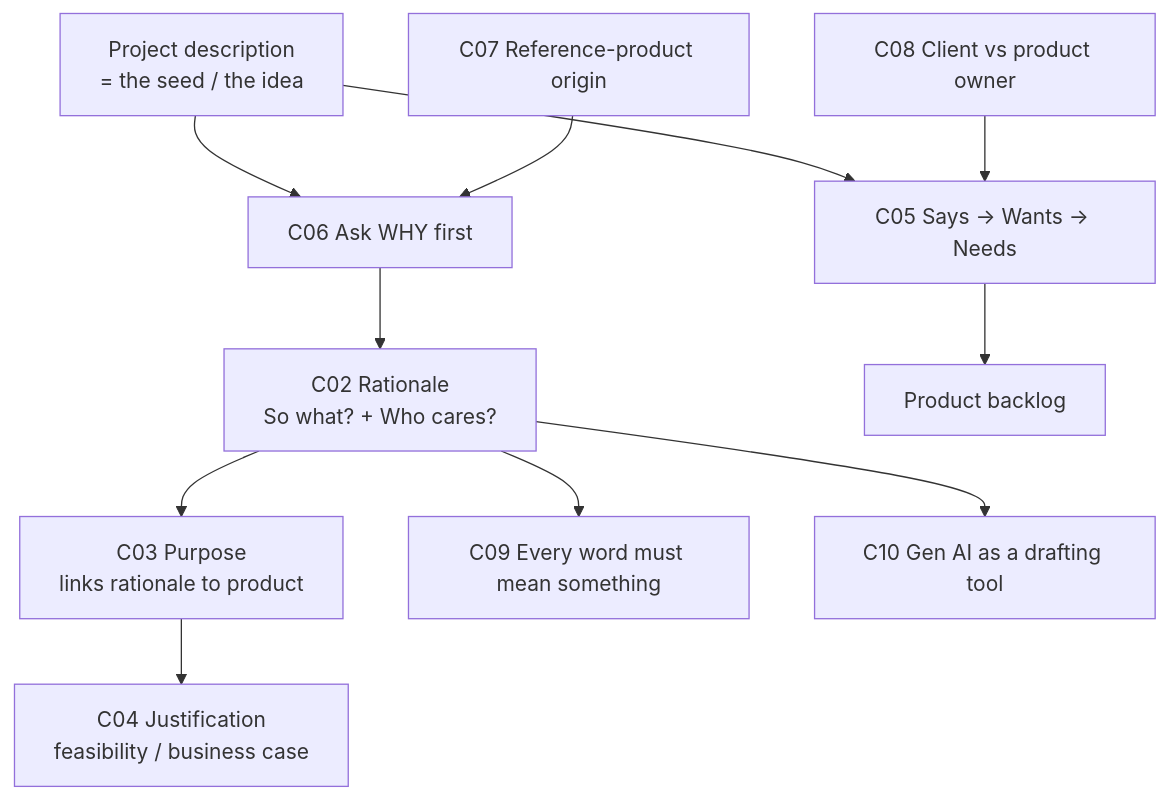
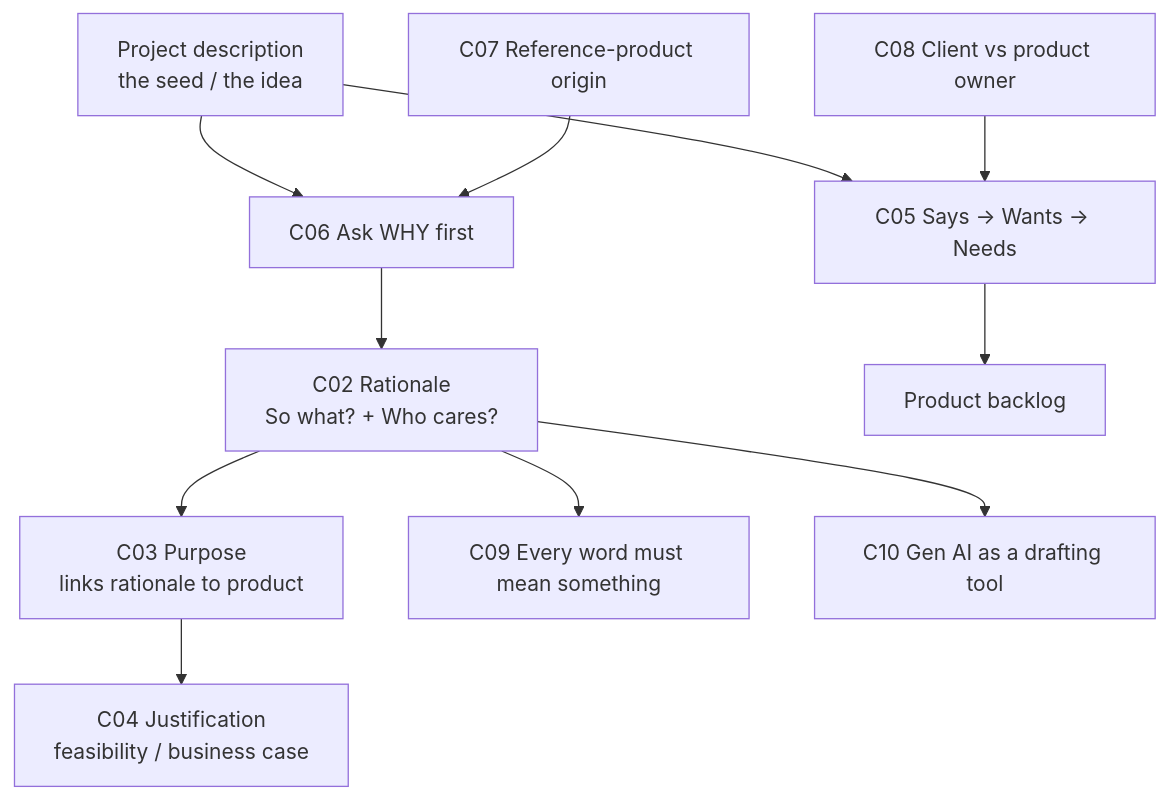
The first of 6 diagrams in Sem2/SE761/Lecture2/notes/L2-notes.md (ZingZing001/uni-study), drawn with Mermaid before and after one commit. The commit also changed other lines of this file and 5 other files, not shown here.

````diff
--- a/Sem2/SE761/Lecture2/notes/L2-notes.md
+++ b/Sem2/SE761/Lecture2/notes/L2-notes.md
@@ -13,13 +34,13 @@
 ```mermaid
 graph TD
-    D[Project description<br/>= the seed / the idea] --> Q[C06 Ask WHY first]
+    D[Project description<br/>the seed / the idea] --> Q[C06 Ask WHY first]
     Q --> R[C02 Rationale<br/>So what? + Who cares?]
     R --> P[C03 Purpose<br/>links rationale to product]
     P --> J[C04 Justification<br/>feasibility / business case]
     D --> S[C05 Says → Wants → Needs]
     S --> BL[Product backlog]
     C07[C07 Reference-product origin] --> Q
     C08[C08 Client vs product owner] --> S
     R --> C09[C09 Every word must mean something]
     R --> C10[C10 Gen AI as a drafting tool]
 ```
````
